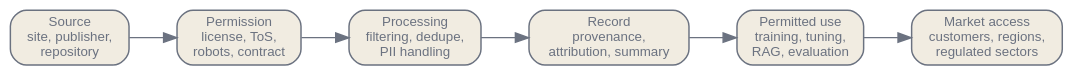
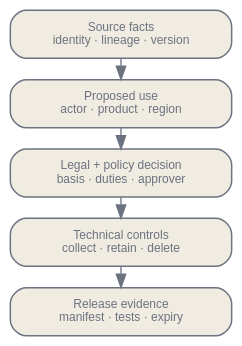
Before and after one commit to latere-ai/ai-as-an-infrastructure: the diagram in en/ecosystem/07-data-rights-economics.qmd, drawn with Graphviz. The commit also changed other lines of this file and 3 other files, not shown here.

````diff
--- a/en/ecosystem/07-data-rights-economics.qmd
+++ b/en/ecosystem/07-data-rights-economics.qmd
@@ -27,20 +67,21 @@
 ```{dot}
 //| label: fig-data-rights-ledger
-//| fig-cap: "The rights ledger that sits beside the token ledger. A training corpus needs volume, but a production corpus also needs provenance, permission, documentation, and contractual posture."
+//| fig-cap: "A rights decision moves from observed facts to release evidence. Any material change sends the asset back to review."
 digraph data_rights_ledger {
   bgcolor="transparent";
-  rankdir=LR;
-  nodesep=0.35; ranksep=0.5;
-  node [shape=box, style="rounded,filled", fontname="Helvetica", fontsize=10, color="#6b7280", fontcolor="#6b7280", fillcolor="#f1ece1", penwidth=1.1];
-  edge [fontsize=9, fontname="Helvetica", color="#6b7280", fontcolor="#6b7280"];
+  rankdir=TB;
+  nodesep=0.14; ranksep=0.22;
+  node [shape=box, style="rounded,filled", fontname="Helvetica", fontsize=9,
+        color="#6b7280", fontcolor="#6b7280", fillcolor="#f1ece1",
+        width=2.30, penwidth=1.1];
+  edge [fontsize=8, fontname="Helvetica", color="#6b7280", fontcolor="#6b7280"];
 
-  source [label="Source\nsite, publisher,\nrepository"];
-  consent [label="Permission\nlicense, ToS,\nrobots, contract"];
-  processing [label="Processing\nfiltering, dedupe,\nPII handling"];
-  record [label="Record\nprovenance,\nattribution, summary"];
-  use [label="Permitted use\ntraining, tuning,\nRAG, evaluation"];
-  market [label="Market access\ncustomers, regions,\nregulated sectors"];
+  facts [label="Source facts\nidentity · lineage · version"];
+  use [label="Proposed use\nactor · product · region"];
+  decision [label="Legal + policy decision\nbasis · duties · approver"];
+  controls [label="Technical controls\ncollect · retain · delete"];
+  evidence [label="Release evidence\nmanifest · tests · expiry"];
 
-  source -> consent -> processing -> record -> use -> market;
+  facts -> use -> decision -> controls -> evidence;
 }
 ```
````
